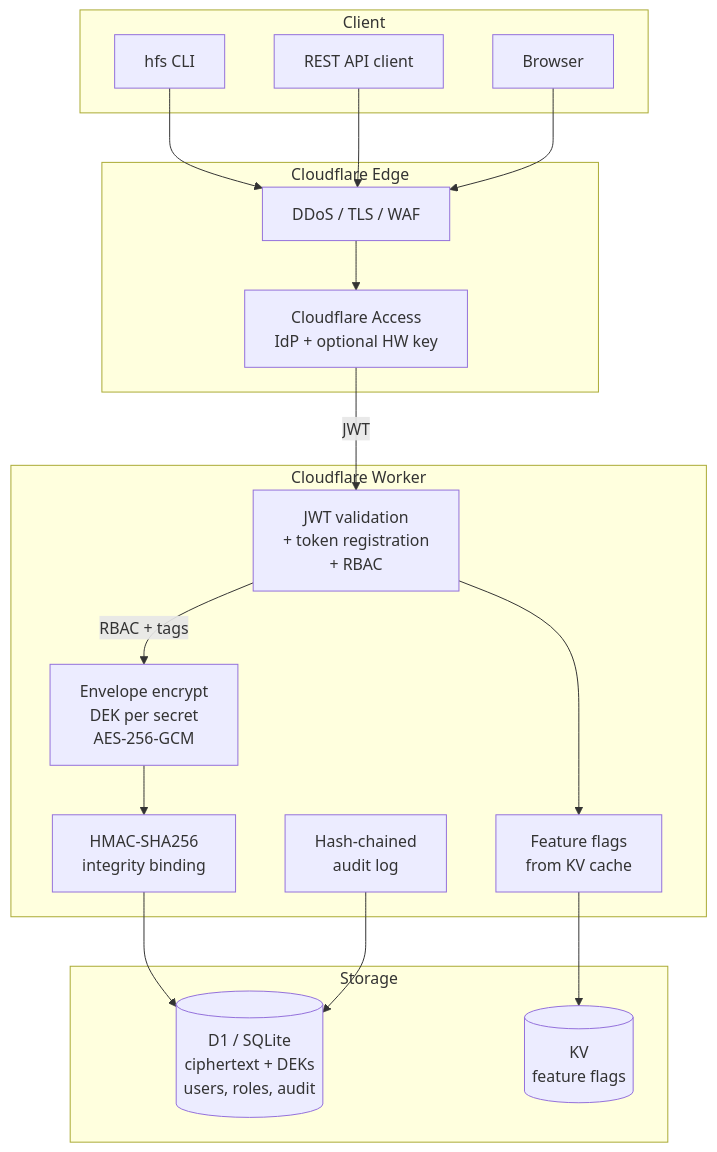
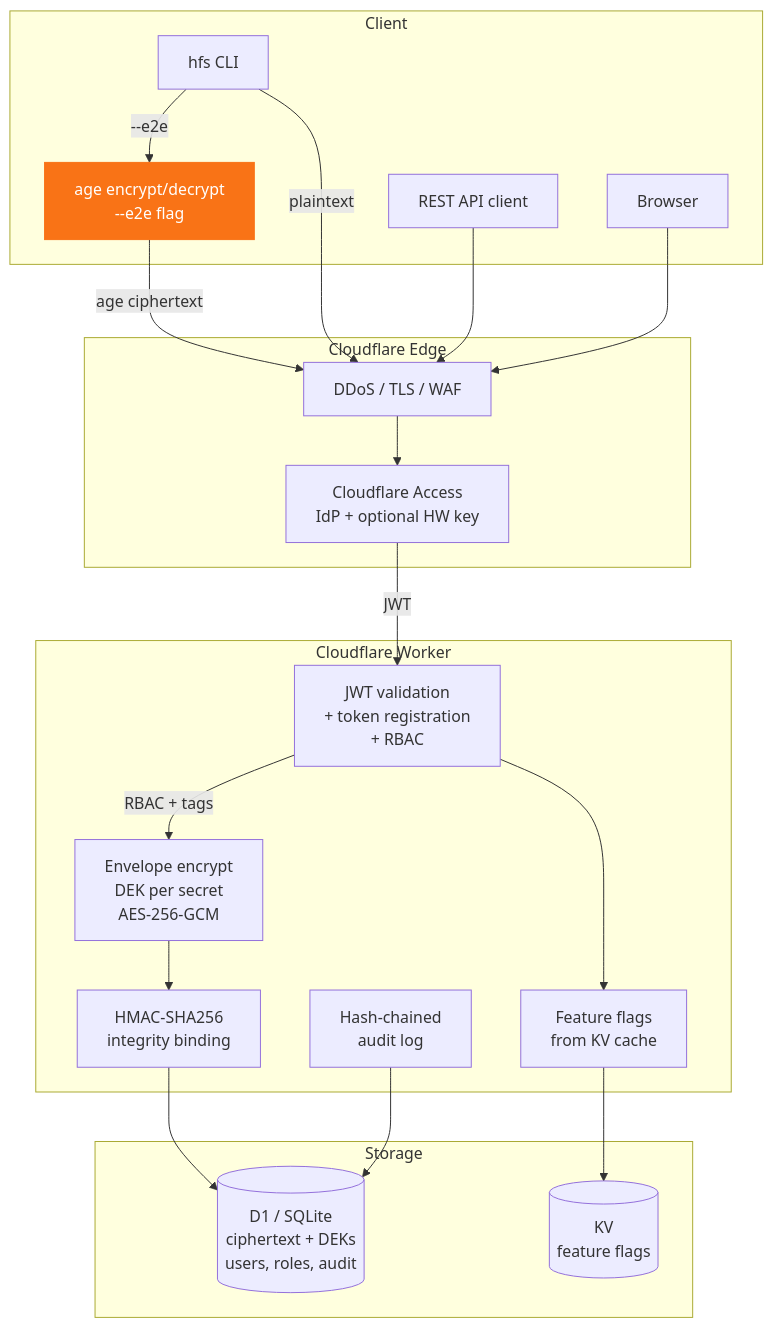
Before and after one commit to FlarelyLegal/worker-secrets: the diagram in README.md, drawn with Mermaid. The commit also changed other lines of this file, not shown here.

Commit message:
docs: update architecture diagram with e2e encryption flow

````diff
--- a/README.md
+++ b/README.md
@@ -34,38 +34,43 @@
 ```mermaid
 graph TB
     subgraph Client
         CLI[hfs CLI]
+        E2E[age encrypt/decrypt<br/>--e2e flag]
         API[REST API client]
         Browser[Browser]
     end
 
     subgraph Cloudflare Edge
         Access[Cloudflare Access<br/>IdP + optional HW key]
         Edge[DDoS / TLS / WAF]
     end
 
     subgraph Worker["Cloudflare Worker"]
         Auth[JWT validation<br/>+ token registration<br/>+ RBAC]
         Flags[Feature flags<br/>from KV cache]
         Crypto[Envelope encrypt<br/>DEK per secret<br/>AES-256-GCM]
         HMAC[HMAC-SHA256<br/>integrity binding]
         Audit[Hash-chained<br/>audit log]
     end
 
     subgraph Storage
         D1[(D1 / SQLite<br/>ciphertext + DEKs<br/>users, roles, audit)]
         KV[(KV<br/>feature flags)]
     end
 
-    CLI --> Edge
+    CLI -->|"--e2e"| E2E
+    E2E -->|age ciphertext| Edge
+    CLI -->|plaintext| Edge
     API --> Edge
     Browser --> Edge
     Edge --> Access
     Access -->|JWT| Auth
     Auth -->|RBAC + tags| Crypto
     Auth --> Flags
     Crypto --> HMAC
     HMAC --> D1
     Audit --> D1
     Flags --> KV
+
+    style E2E fill:#f97316,stroke:#f97316,color:#fff
 ```
````
